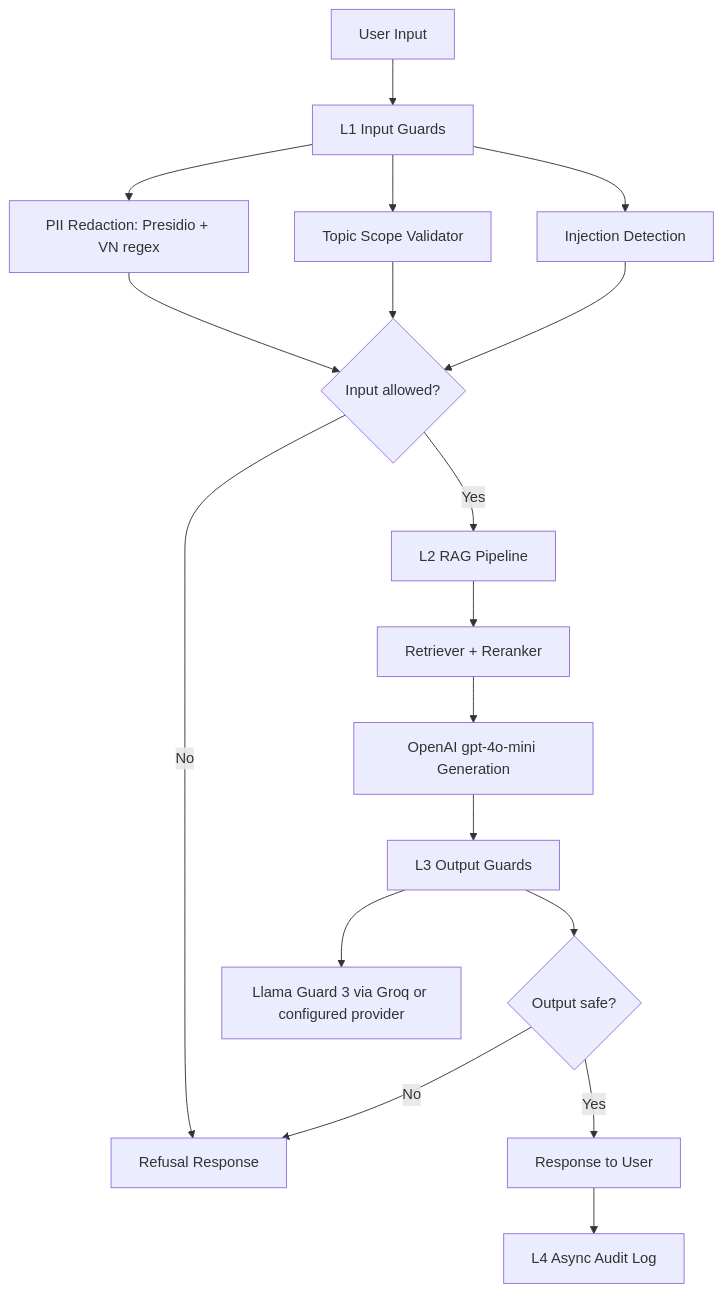
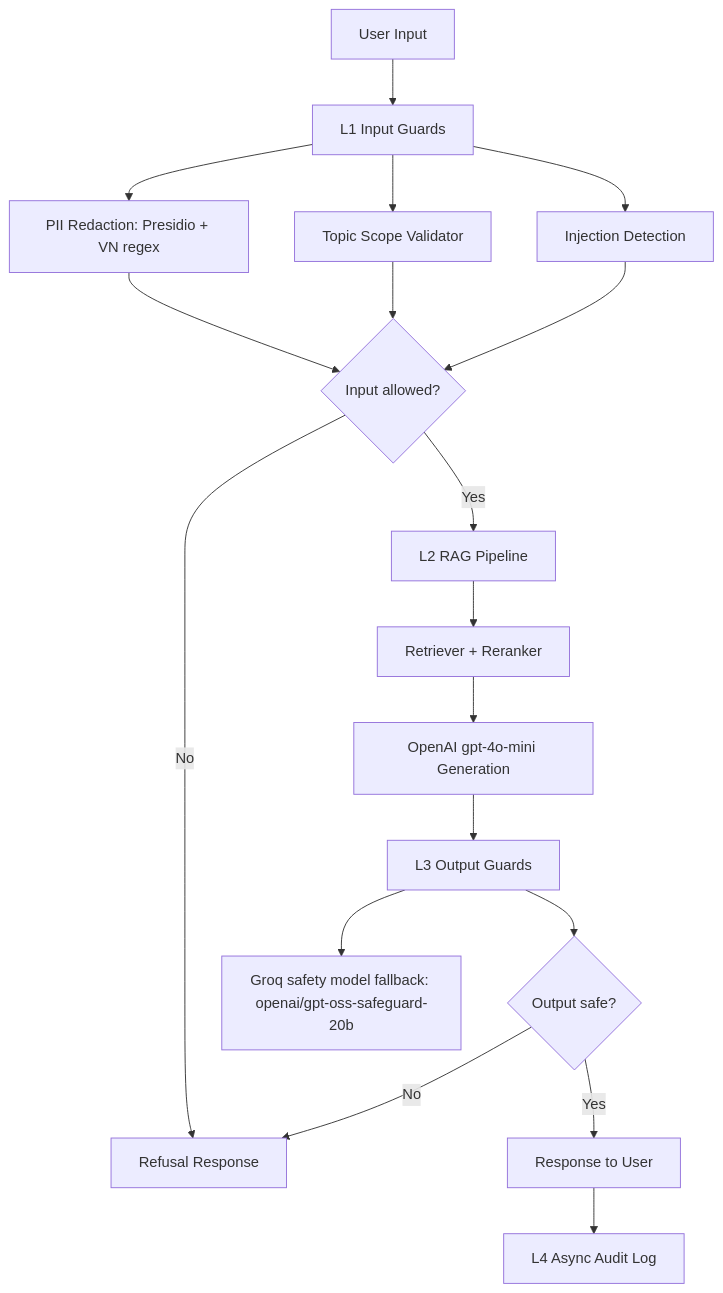
One commit to dtnganh/2A202600026-DangTungAnh-Day24 changed the diagram in phase-d/blueprint.md. Above: the diagram before and after it, drawn with Mermaid. The commit also changed other lines of this file and 12 other files, not shown here.

Commit message:
complete phase c groq safety benchmark

````diff
--- a/phase-d/blueprint.md
+++ b/phase-d/blueprint.md
@@ -19,20 +19,20 @@
 ```mermaid
 graph TD
     A[User Input] --> B[L1 Input Guards]
     B --> B1[PII Redaction: Presidio + VN regex]
     B --> B2[Topic Scope Validator]
     B --> B3[Injection Detection]
     B1 --> C{Input allowed?}
     B2 --> C
     B3 --> C
     C -->|No| Z[Refusal Response]
     C -->|Yes| D[L2 RAG Pipeline]
     D --> E[Retriever + Reranker]
     E --> F[OpenAI gpt-4o-mini Generation]
     F --> G[L3 Output Guards]
-    G --> G1[Llama Guard 3 via Groq or configured provider]
+    G --> G1[Groq safety model fallback: openai/gpt-oss-safeguard-20b]
     G --> H{Output safe?}
     H -->|No| Z
     H -->|Yes| I[Response to User]
     I --> J[L4 Async Audit Log]
 ```
````
